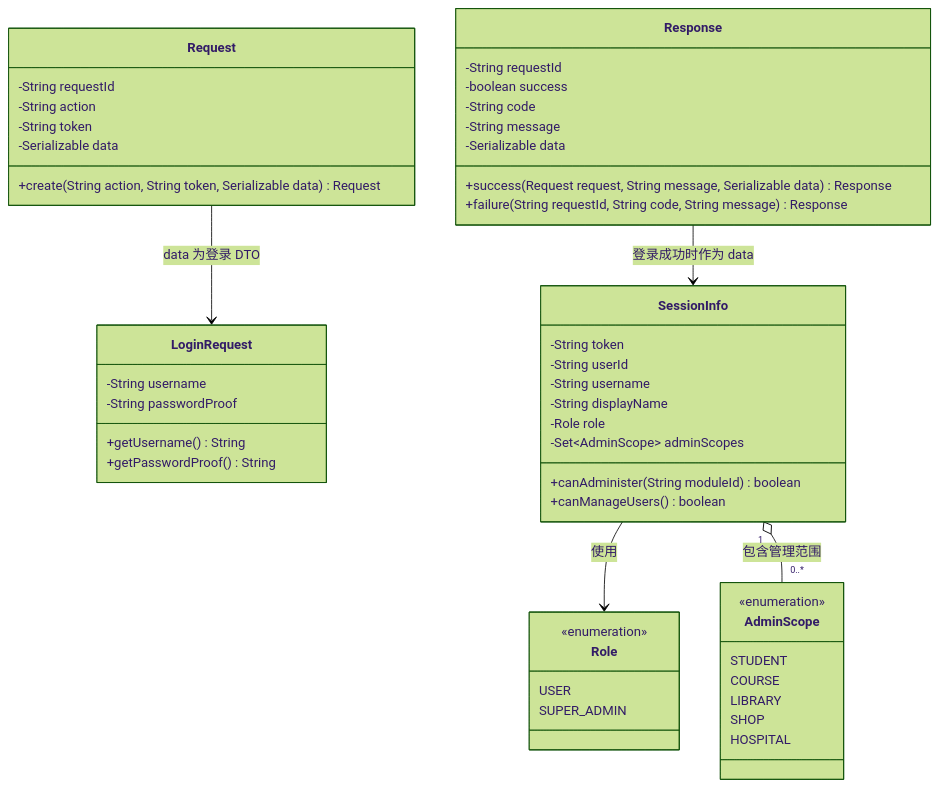
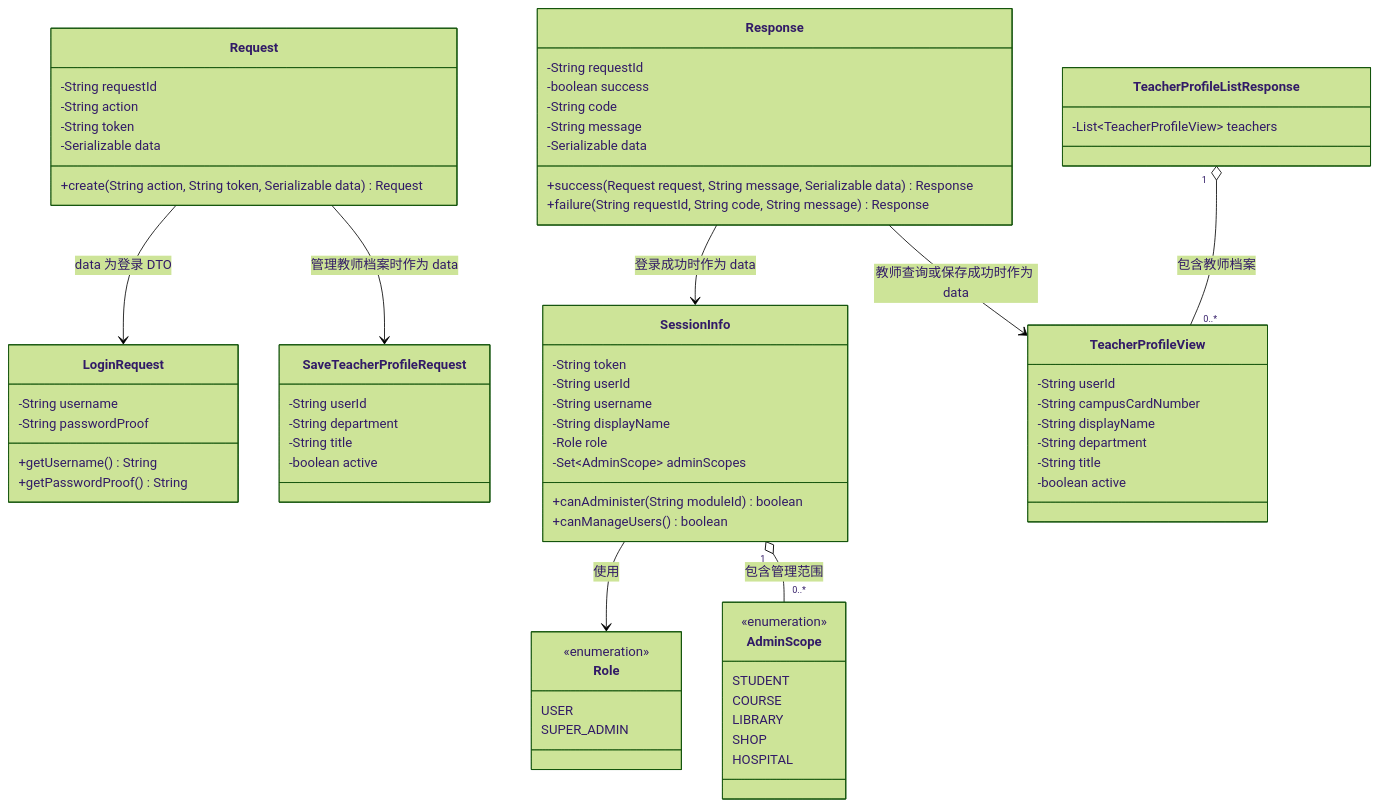
Before and after one commit to qlaxyy/JAVA-Campus-software: the fifth of 6 diagrams in docs/design/SOFTWARE_DESIGN_SPECIFICATION.md, drawn with Mermaid (forest theme). The commit also changed other lines of this file and 31 other files, not shown here.

Commit message:
feat(user): add shared teacher registry

````diff
--- a/docs/design/SOFTWARE_DESIGN_SPECIFICATION.md
+++ b/docs/design/SOFTWARE_DESIGN_SPECIFICATION.md
@@ -531,8 +561,31 @@
         HOSPITAL
     }
 
+    class SaveTeacherProfileRequest {
+        -String userId
+        -String department
+        -String title
+        -boolean active
+    }
+
+    class TeacherProfileView {
+        -String userId
+        -String campusCardNumber
+        -String displayName
+        -String department
+        -String title
+        -boolean active
+    }
+
+    class TeacherProfileListResponse {
+        -List~TeacherProfileView~ teachers
+    }
+
     Request --> LoginRequest : data 为登录 DTO
     Response --> SessionInfo : 登录成功时作为 data
     SessionInfo --> Role : 使用
     SessionInfo "1" o-- "0..*" AdminScope : 包含管理范围
+    Request --> SaveTeacherProfileRequest : 管理教师档案时作为 data
+    Response --> TeacherProfileView : 教师查询或保存成功时作为 data
+    TeacherProfileListResponse "1" o-- "0..*" TeacherProfileView : 包含教师档案
 ```
````
